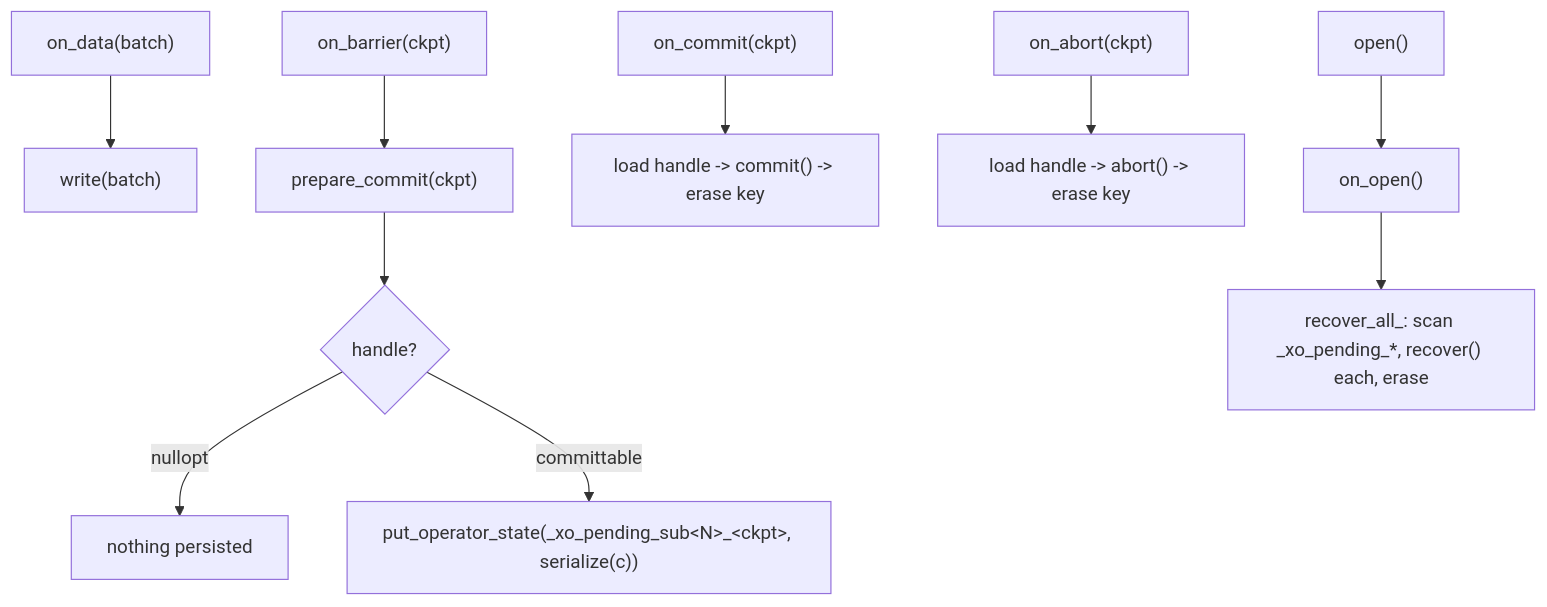
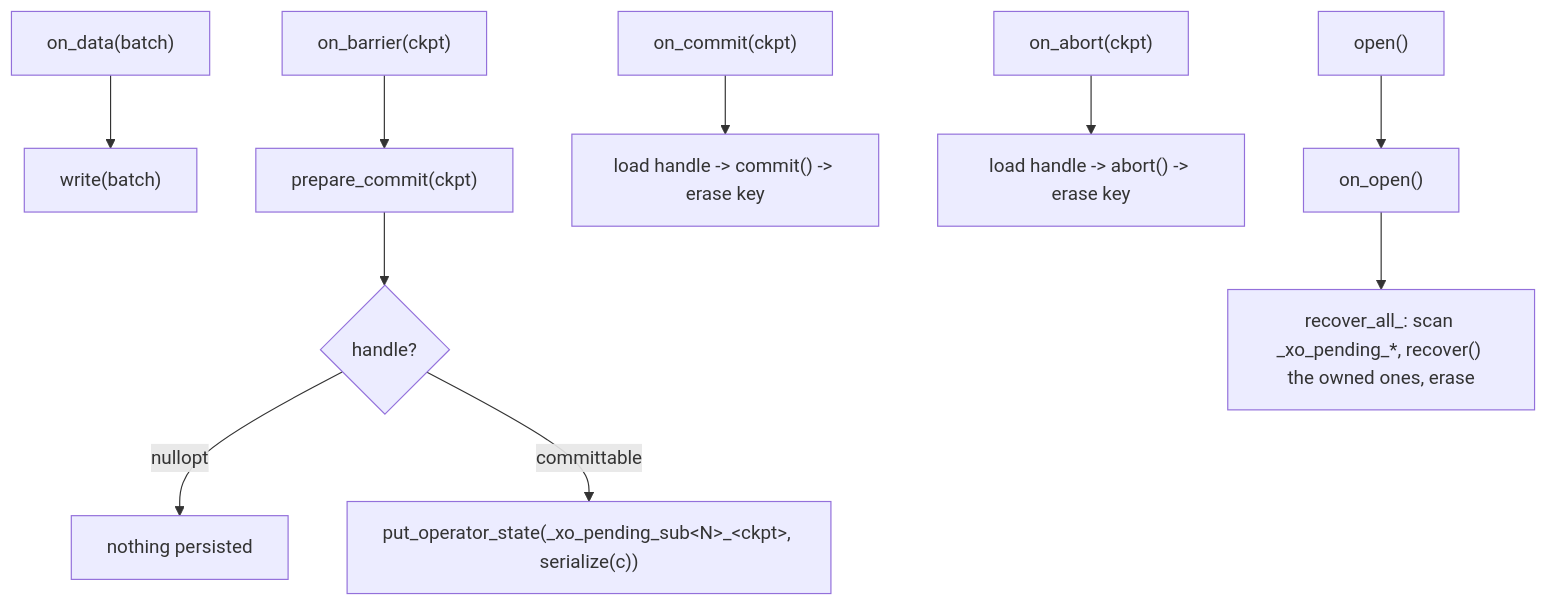
One commit to orhaugh/clink changed the diagram in docs/internals/sink-committer-framework.md. Above: the diagram before and after it, drawn with Mermaid. The commit also changed other lines of this file and 32 other files, not shown here.

````diff
--- a/docs/internals/sink-committer-framework.md
+++ b/docs/internals/sink-committer-framework.md
@@ -27,11 +27,11 @@
 ```mermaid
 flowchart TD
     D["on_data(batch)"] --> W["write(batch)"]
     B["on_barrier(ckpt)"] --> P["prepare_commit(ckpt)"]
     P --> H{"handle?"}
     H -- "nullopt" --> N["nothing persisted"]
     H -- "committable" --> S["put_operator_state(_xo_pending_sub&lt;N&gt;_&lt;ckpt&gt;, serialize(c))"]
     C["on_commit(ckpt)"] --> L["load handle -&gt; commit() -&gt; erase key"]
     A["on_abort(ckpt)"] --> R["load handle -&gt; abort() -&gt; erase key"]
-    O["open()"] --> OO["on_open()"] --> RA["recover_all_: scan _xo_pending_*, recover() each, erase"]
+    O["open()"] --> OO["on_open()"] --> RA["recover_all_: scan _xo_pending_*, recover() the owned ones, erase"]
 ```
````
